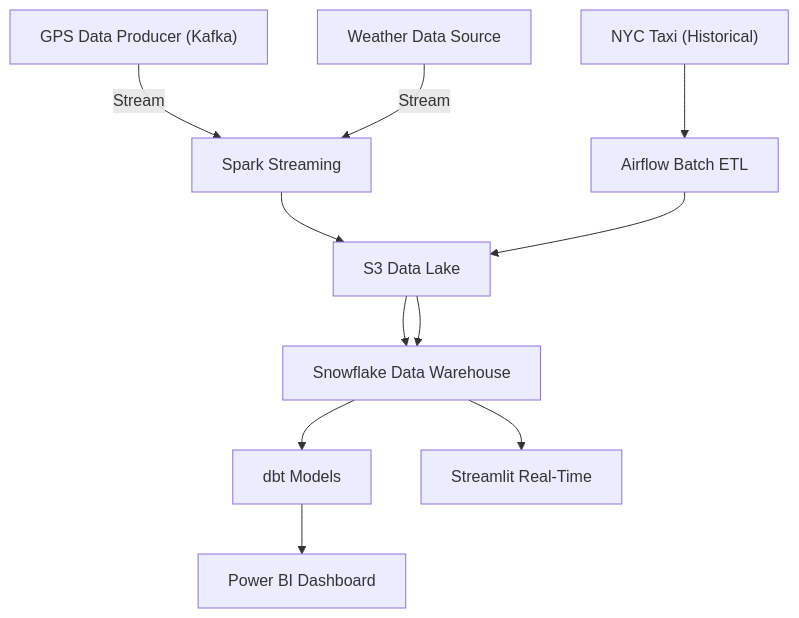
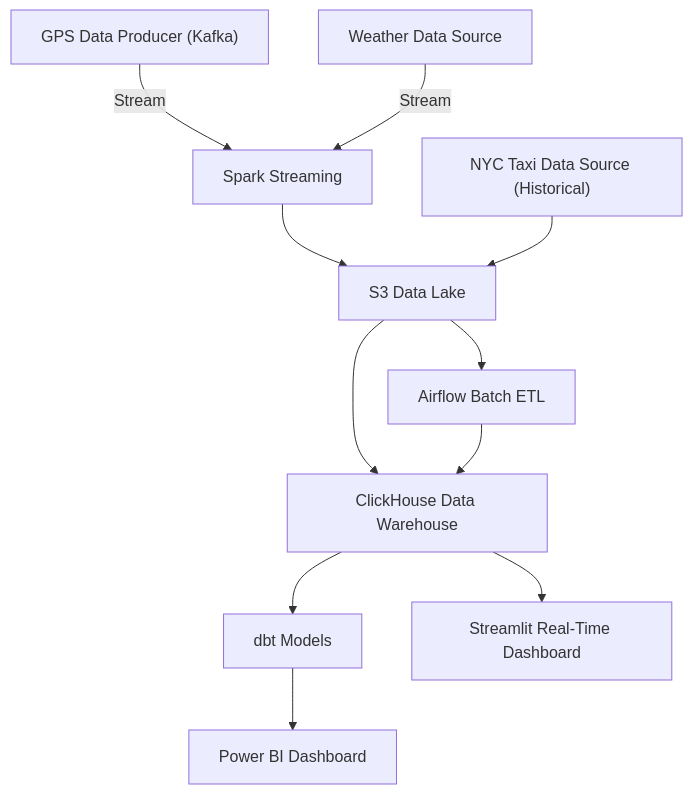
One commit to Anwaribra/RideTrack changed the diagram in README.md. Above: the diagram before and after it, drawn with Mermaid. The commit also changed other lines of this file, not shown here.

````diff
--- a/README.md
+++ b/README.md
@@ -7,34 +10,34 @@
 ```mermaid
 flowchart TD
     %% Sources
     GPS["GPS Data Producer (Kafka)"]
     Weather["Weather Data Source"]
-    Taxi["NYC Taxi (Historical)"]
+    Taxi["NYC Taxi Data Source (Historical)"]
 
     %% Processing
     SparkStream["Spark Streaming"]
     Airflow["Airflow Batch ETL"]
     dbt["dbt Models"]
 
     %% Shared Storage
     S3["S3 Data Lake"]
-    Snowflake["Snowflake Data Warehouse"]
+    ClickHouse["ClickHouse Data Warehouse"]
 
     %% Dashboards
-    Streamlit["Streamlit Real-Time "]
+    Streamlit["Streamlit Real-Time Dashboard"]
     PowerBI["Power BI Dashboard"]
 
     %% Streaming Path
     GPS -->|Stream| SparkStream
     Weather -->|Stream| SparkStream
     SparkStream --> S3
-    S3 --> Snowflake
-    Snowflake --> Streamlit
+    S3 --> ClickHouse
+    ClickHouse --> Streamlit
 
     %% Batch Path
-    Taxi --> Airflow
-    Airflow --> S3
-    S3 --> Snowflake
-    Snowflake --> dbt
+    Taxi --> S3
+    S3 --> Airflow
+    Airflow --> ClickHouse
+    ClickHouse --> dbt
     dbt --> PowerBI
 ```
````
